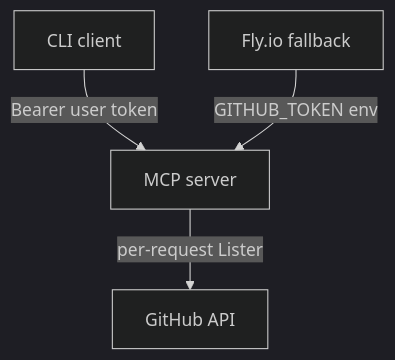
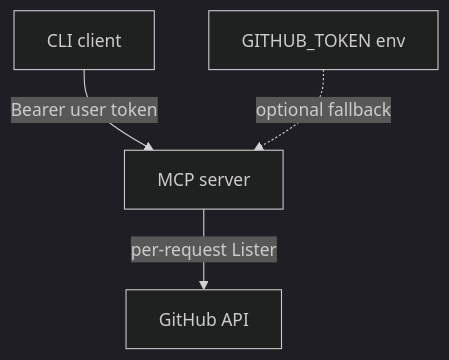
One commit to blazzer/gh-int-demo changed the diagram in README.md. Above: the diagram before and after it, drawn with Mermaid (dark theme). The commit also changed other lines of this file and 2 other files, not shown here.

Commit message:
do not deploy to fly.io - leave instructions only

````diff
--- a/README.md
+++ b/README.md
@@ -28,6 +27,6 @@
 ```mermaid
 flowchart TD
     Client[CLI client] -->|Bearer user token| MCP[MCP server]
     MCP -->|per-request Lister| GitHub[GitHub API]
-    Fly[Fly.io fallback] -->|GITHUB_TOKEN env| MCP
+    Env[GITHUB_TOKEN env] -.->|optional fallback| MCP
 ```
````
